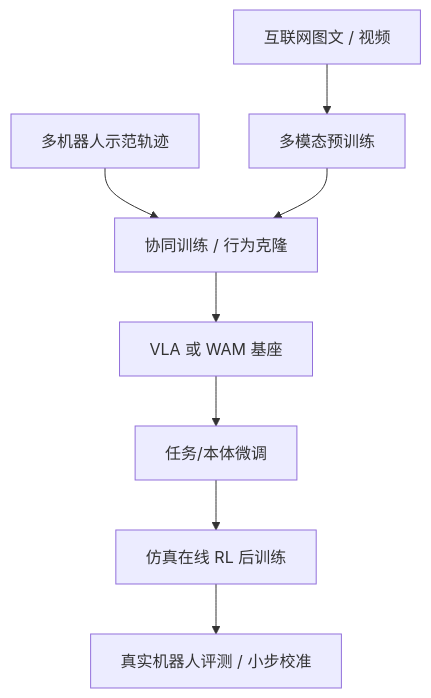
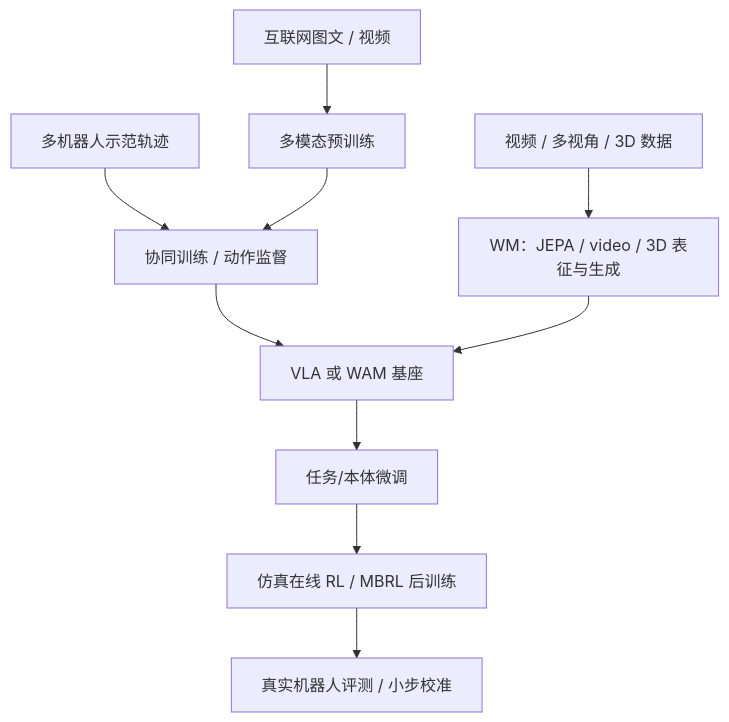
The seventh of 7 diagrams in docs/knowledge-map.md (Faraday-2024/Embodied-AI-Start), drawn with Mermaid before and after one commit. The commit also changed other lines of this file and 9 other files, not shown here.

````diff
--- a/docs/knowledge-map.md
+++ b/docs/knowledge-map.md
@@ -137,10 +186,12 @@
 ```mermaid
 flowchart TD
     WEB["互联网图文 / 视频"] --> PRE["多模态预训练"]
-    ROBOT["多机器人示范轨迹"] --> CO["协同训练 / 行为克隆"]
+    VIDEO["视频 / 多视角 / 3D 数据"] --> WMPRE["WM：JEPA / video / 3D 表征与生成"]
+    ROBOT["多机器人示范轨迹"] --> CO["协同训练 / 动作监督"]
     PRE --> CO
     CO --> BASE["VLA 或 WAM 基座"]
     BASE --> SFT["任务/本体微调"]
-    SFT --> SIMRL["仿真在线 RL 后训练"]
+    WMPRE --> BASE
+    SFT --> SIMRL["仿真在线 RL / MBRL 后训练"]
     SIMRL --> REAL["真实机器人评测 / 小步校准"]
 ```
````
